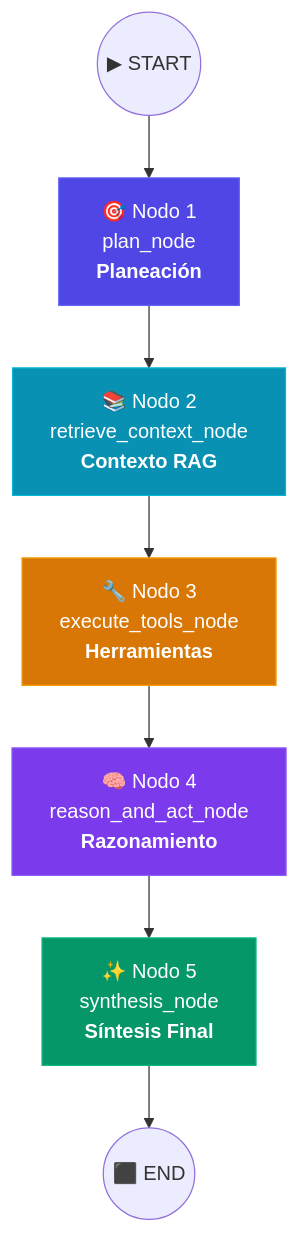
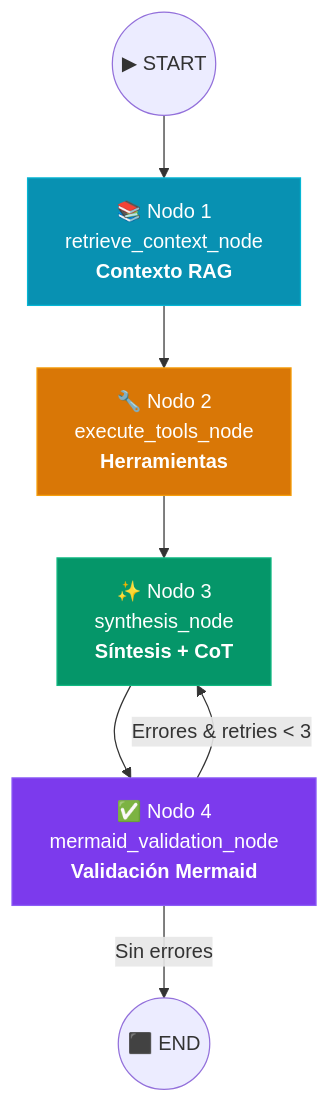
Before and after one commit to JamesKristofUbiarco/Concat-notes: the third of 9 diagrams in docs/agent-architecture.md, drawn with Mermaid. The commit also changed other lines of this file and 27 other files, not shown here.

````diff
--- a/docs/agent-architecture.md
+++ b/docs/agent-architecture.md
@@ -94,15 +109,14 @@
 ```mermaid
 graph TD
-    START(("▶ START")) --> N1["🎯 Nodo 1<br/>plan_node<br/><b>Planeación</b>"]
-    N1 --> N2["📚 Nodo 2<br/>retrieve_context_node<br/><b>Contexto RAG</b>"]
-    N2 --> N3["🔧 Nodo 3<br/>execute_tools_node<br/><b>Herramientas</b>"]
-    N3 --> N4["🧠 Nodo 4<br/>reason_and_act_node<br/><b>Razonamiento</b>"]
-    N4 --> N5["✨ Nodo 5<br/>synthesis_node<br/><b>Síntesis Final</b>"]
-    N5 --> FIN(("⬛ END"))
+    START(("▶ START")) --> N1["📚 Nodo 1<br/>retrieve_context_node<br/><b>Contexto RAG</b>"]
+    N1 --> N2["🔧 Nodo 2<br/>execute_tools_node<br/><b>Herramientas</b>"]
+    N2 --> N3["✨ Nodo 3<br/>synthesis_node<br/><b>Síntesis + CoT</b>"]
+    N3 --> N4["✅ Nodo 4<br/>mermaid_validation_node<br/><b>Validación Mermaid</b>"]
+    N4 -->|"Sin errores"| FIN(("⬛ END"))
+    N4 -->|"Errores & retries < 3"| N3
 
-    style N1 fill:#4f46e5,stroke:#6366f1,color:#fff
-    style N2 fill:#0891b2,stroke:#06b6d4,color:#fff
-    style N3 fill:#d97706,stroke:#f59e0b,color:#fff
+    style N1 fill:#0891b2,stroke:#06b6d4,color:#fff
+    style N2 fill:#d97706,stroke:#f59e0b,color:#fff
+    style N3 fill:#059669,stroke:#10b981,color:#fff
     style N4 fill:#7c3aed,stroke:#8b5cf6,color:#fff
-    style N5 fill:#059669,stroke:#10b981,color:#fff
 ```
````
